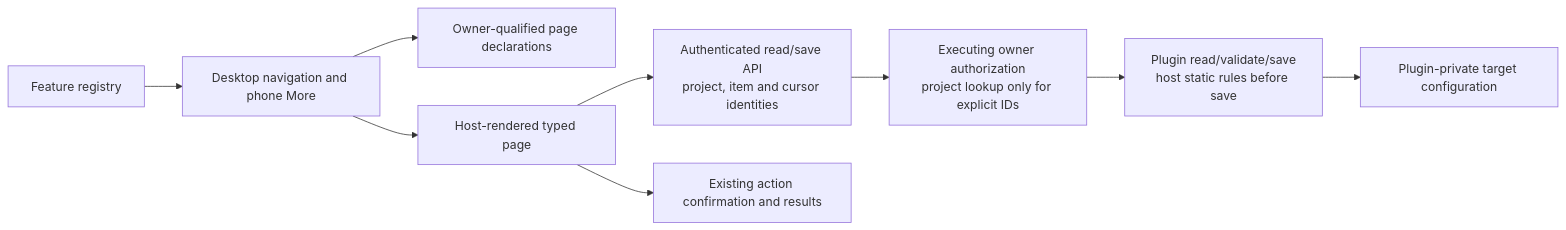
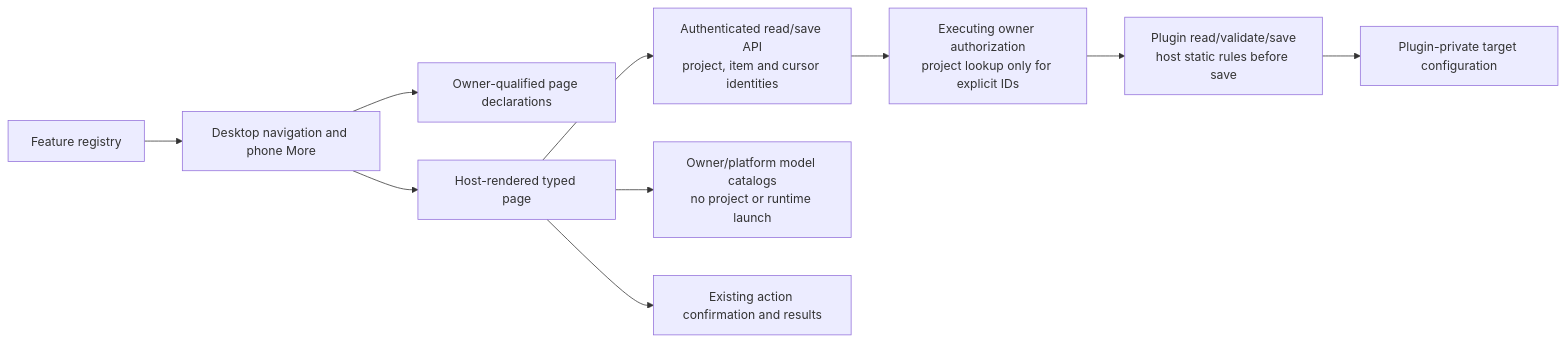
One commit to ocman/ocman changed diagram 14 of 15 in docs/other/architecture.md. Above: the diagram before and after it, drawn with Mermaid. The commit also changed other lines of this file and 18 other files, not shown here.

Commit message:
feat(plugins): add native owner-platform model picker fields

````diff
--- a/docs/other/architecture.md
+++ b/docs/other/architecture.md
@@ -2086,11 +2086,12 @@
 ```mermaid
 flowchart LR
     Registry[Feature registry] --> Navigation[Desktop navigation and phone More]
     Navigation --> Catalog[Owner-qualified page declarations]
     Navigation --> Page[Host-rendered typed page]
     Page --> API[Authenticated read/save API<br/>project, item and cursor identities]
+    Page --> Models[Owner/platform model catalogs<br/>no project or runtime launch]
     API --> Owner[Executing owner authorization<br/>project lookup only for explicit IDs]
     Owner --> Process[Plugin read/validate/save<br/>host static rules before save]
     Process --> Files[Plugin-private target configuration]
     Page --> Actions[Existing action confirmation and results]
 ```
````
